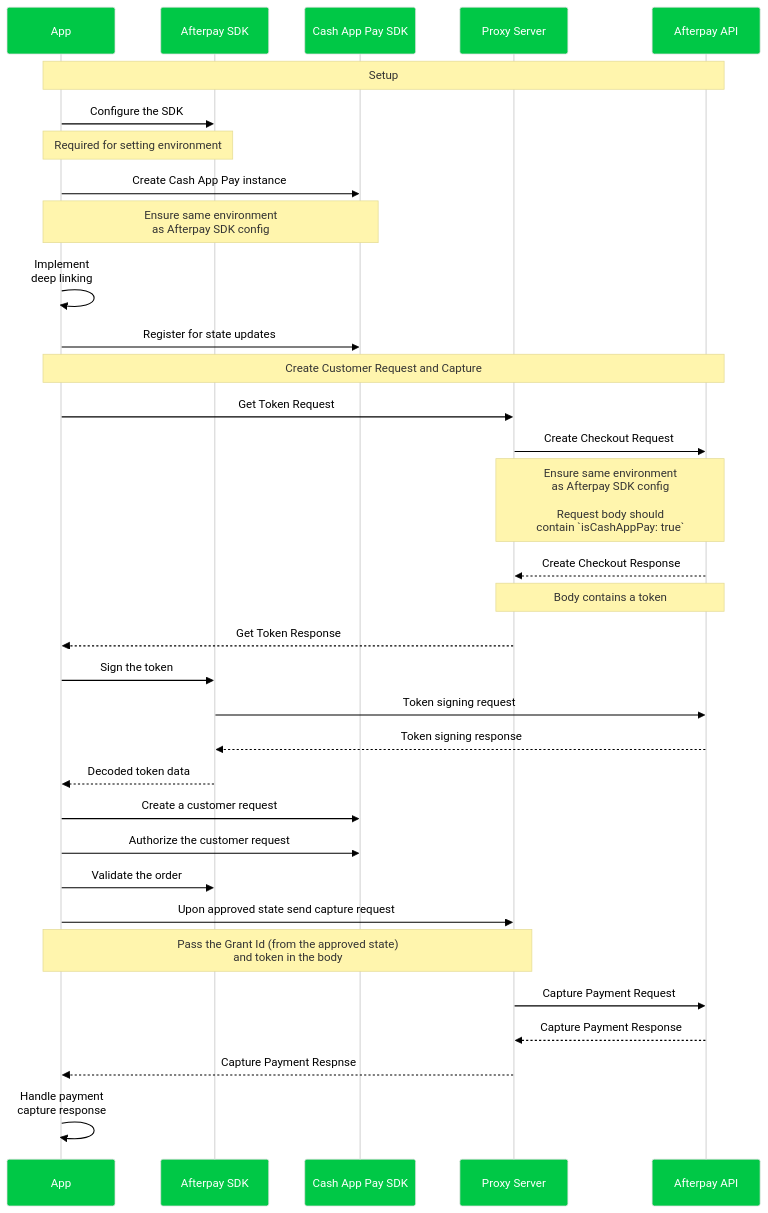
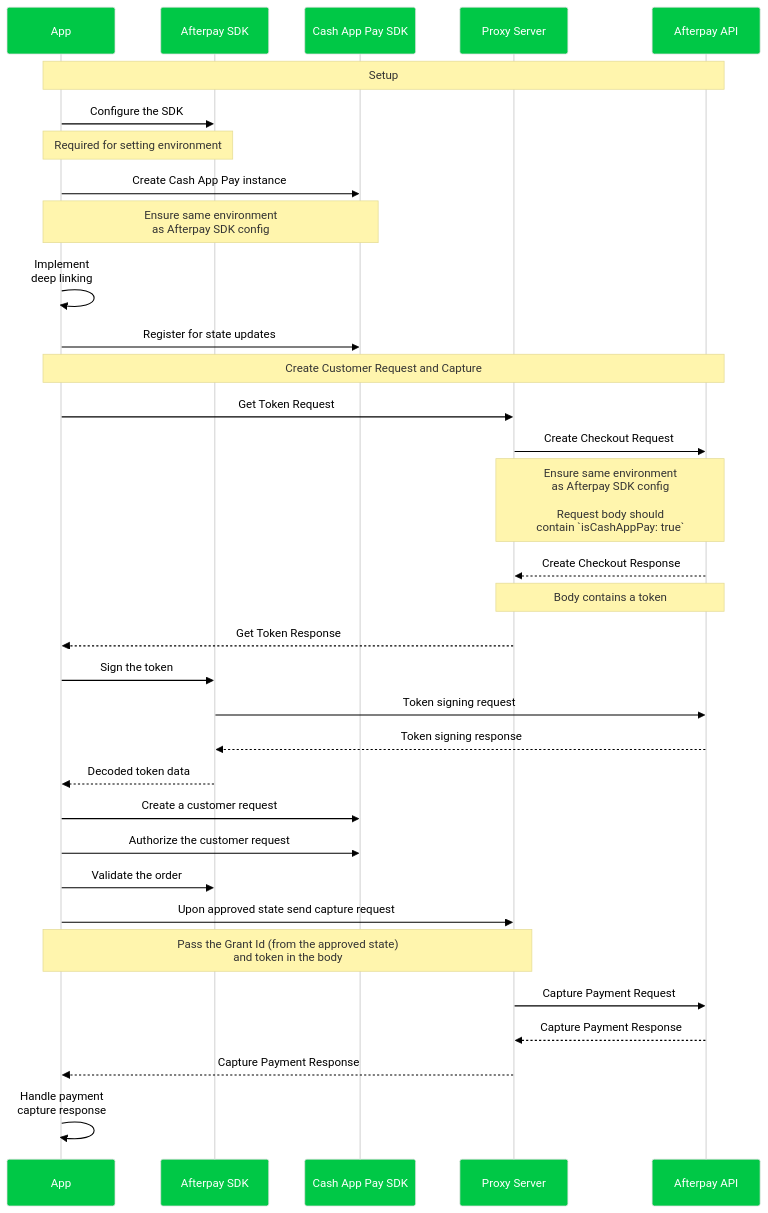
One commit to afterpay/sdk-android changed the diagram in docs/getting-started/v2-with-cash-app-pay.md. Above: the diagram before and after it, drawn with Mermaid. The commit also changed other lines of this file and 1 other file, not shown here.

Commit message:
Add link to Cash App Pay event listener docs

````diff
--- a/docs/getting-started/v2-with-cash-app-pay.md
+++ b/docs/getting-started/v2-with-cash-app-pay.md
@@ -221,72 +221,72 @@
 ``` mermaid
 %%{
   init: {
     'theme': 'base',
     'themeVariables': {
       'primaryColor': '#00c846',
       'primaryTextColor': '#FFFFFF',
       'primaryBorderColor': '#dfdfdf',
       'signalTextColor': '#000000',
       'signalColor': '#000000',
       'secondaryColor': '#006100',
       'tertiaryColor': '#fff'
     }
   }
 }%%
 
 sequenceDiagram
   participant App
   participant Afterpay SDK
   participant Cash App Pay SDK
   participant Proxy Server
   participant Afterpay API
 
   Note over App,Afterpay API: Setup
 
   App->>Afterpay SDK: Configure the SDK
   Note over App,Afterpay SDK: Required for setting environment
 
   App->>Cash App Pay SDK: Create Cash App Pay instance
   Note over App,Cash App Pay SDK: Ensure same environment<br>as Afterpay SDK config
 
   App->>App: Implement<br>deep linking
 
   App->>Cash App Pay SDK: Register for state updates
 
   Note over App,Afterpay API: Create Customer Request and Capture
 
   App->>Proxy Server: Get Token Request
 
   Proxy Server->>Afterpay API: Create Checkout Request
   Note over Proxy Server,Afterpay API: Ensure same environment<br>as Afterpay SDK config<br><br>Request body should<br>contain `isCashAppPay: true`
 
   Afterpay API-->>Proxy Server: Create Checkout Response
   Note over Afterpay API,Proxy Server: Body contains a token
 
   Proxy Server-->>App: Get Token Response
 
   App->>Afterpay SDK: Sign the token
 
   Afterpay SDK->>Afterpay API: Token signing request
 
   Afterpay API-->>Afterpay SDK: Token signing response
 
   Afterpay SDK-->>App: Decoded token data
 
   App->>Cash App Pay SDK: Create a customer request
 
   App->>Cash App Pay SDK: Authorize the customer request
 
   App->>Afterpay SDK: Validate the order
 
   App->>Proxy Server: Upon approved state send capture request
   Note over App,Proxy Server: Pass the Grant Id (from the approved state)<br>and token in the body
 
   Proxy Server->>Afterpay API: Capture Payment Request
 
   Afterpay API-->>Proxy Server: Capture Payment Response
 
-  Proxy Server-->>App: Capture Payment Respnse
+  Proxy Server-->>App: Capture Payment Response
 
   App->>App: Handle payment<br>capture response
 ```
````
